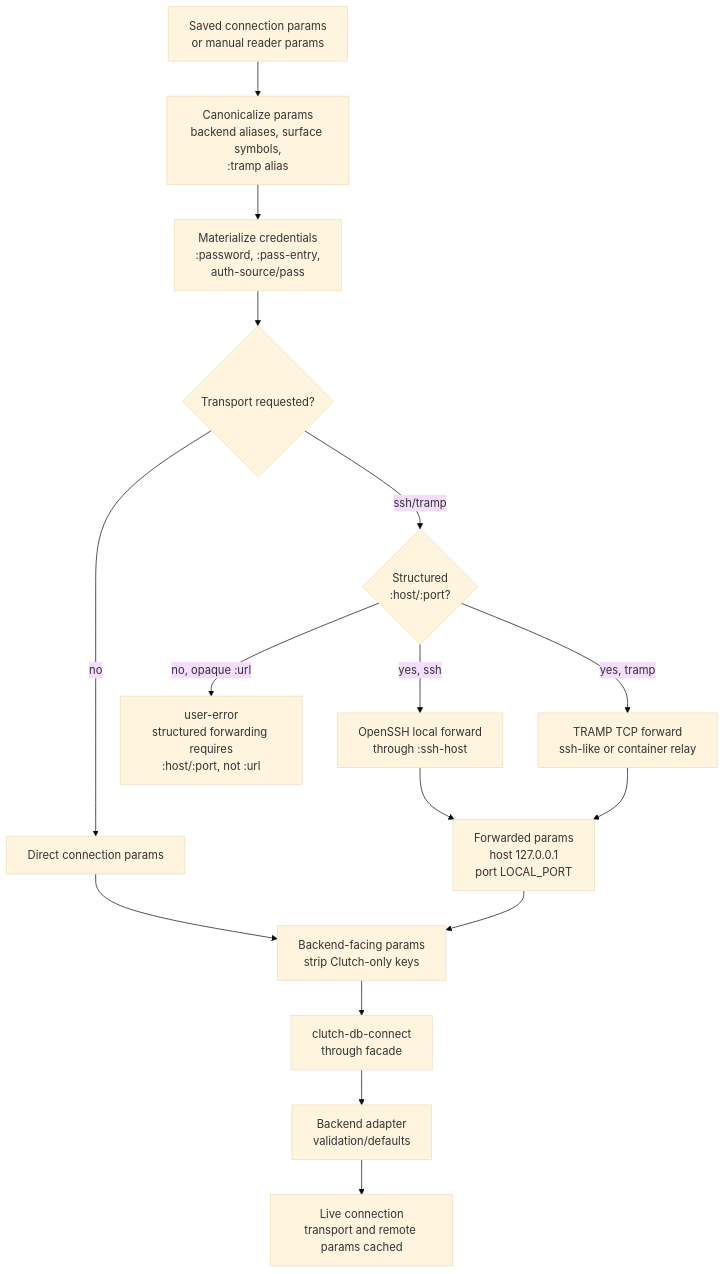
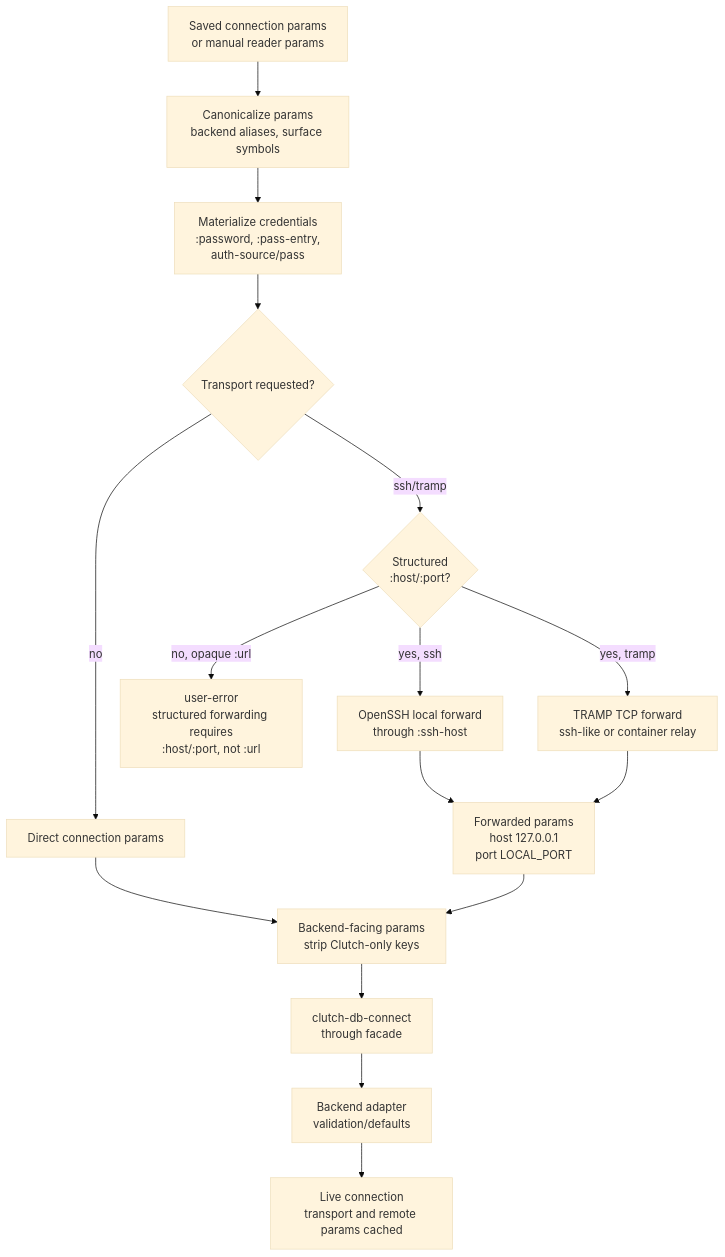
The third of 6 diagrams in docs/architecture.md (LuciusChen/clutch), drawn with Mermaid (base theme) before and after one commit. The commit also changed 27 other files, not shown here.

````diff
--- a/docs/architecture.md
+++ b/docs/architecture.md
@@ -162,33 +162,33 @@
 ```mermaid
 flowchart TB
   Saved["Saved connection params<br/>or manual reader params"]
-  Canon["Canonicalize params<br/>backend aliases, surface symbols,<br/>:tramp alias"]
+  Canon["Canonicalize params<br/>backend aliases, surface symbols"]
   Auth["Materialize credentials<br/>:password, :pass-entry,<br/>auth-source/pass"]
   Transport{"Transport requested?"}
   Structured{"Structured<br/>:host/:port?"}
   URLBlocked["user-error<br/>structured forwarding requires<br/>:host/:port, not :url"]
   SSH["OpenSSH local forward<br/>through :ssh-host"]
   TRAMP["TRAMP TCP forward<br/>ssh-like or container relay"]
   Direct["Direct connection params"]
   Forwarded["Forwarded params<br/>host 127.0.0.1<br/>port LOCAL_PORT"]
   BackendParams["Backend-facing params<br/>strip Clutch-only keys"]
   Connect["clutch-db-connect<br/>through facade"]
   Adapter["Backend adapter<br/>validation/defaults"]
   Live["Live connection<br/>transport and remote params cached"]
 
   Saved --> Canon
   Canon --> Auth
   Auth --> Transport
   Transport -- no --> Direct
   Transport -- ssh/tramp --> Structured
   Structured -- no, opaque :url --> URLBlocked
   Structured -- yes, ssh --> SSH
   Structured -- yes, tramp --> TRAMP
   SSH --> Forwarded
   TRAMP --> Forwarded
   Direct --> BackendParams
   Forwarded --> BackendParams
   BackendParams --> Connect
   Connect --> Adapter
   Adapter --> Live
 ```
````
